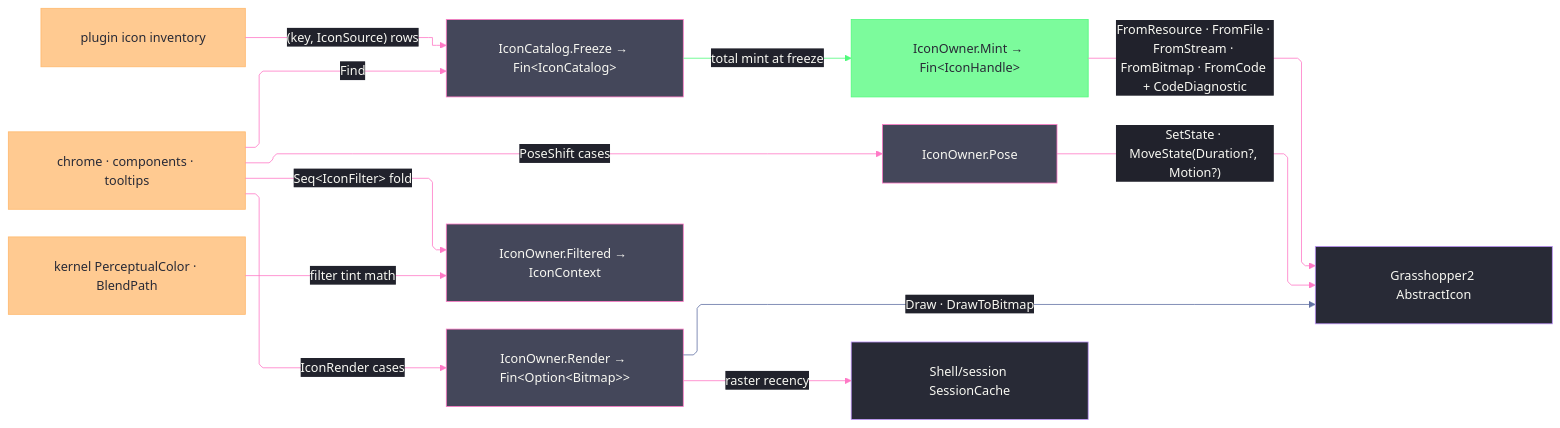
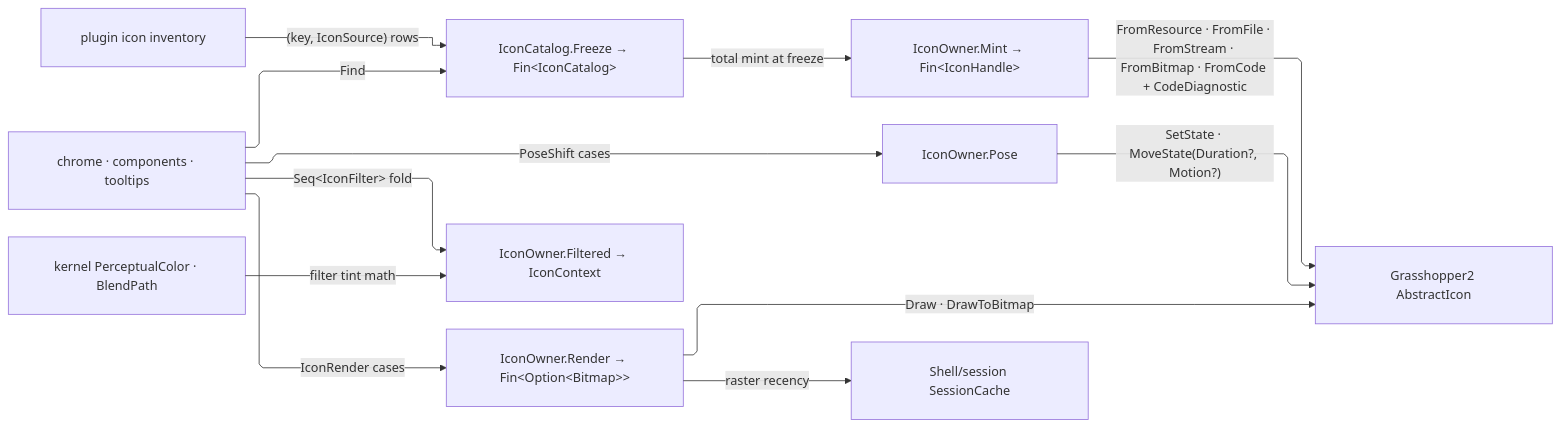
One commit to bsamiee/Rasm changed the diagram in libs/csharp/Rasm.Grasshopper/.planning/Shell/icons.md. Above: the diagram before and after it, drawn with Mermaid. The commit also changed 324 other files, not shown here.

````diff
--- a/libs/csharp/Rasm.Grasshopper/.planning/Shell/icons.md
+++ b/libs/csharp/Rasm.Grasshopper/.planning/Shell/icons.md
@@ -199,49 +199,23 @@
 ```mermaid
 ---
 config:
-  theme: base
-  look: classic
   layout: elk
   flowchart:
     curve: linear
     padding: 25
-  themeVariables:
-    darkMode: true
-    fontFamily: "SF Mono, Menlo, Cascadia Mono, Segoe UI Mono, Consolas, monospace"
-    useGradient: false
-    dropShadow: "none"
-    background: "#282A36"
-    primaryColor: "#44475A"
-    primaryTextColor: "#F8F8F2"
-    primaryBorderColor: "#BD93F9"
-    lineColor: "#FF79C6"
-    textColor: "#F8F8F2"
-    edgeLabelBackground: "#21222C"
-    labelBackgroundColor: "#21222C"
-  themeCSS: ".nodeLabel{font-size:13px;font-weight:500}.edgeLabel{font-size:12px;font-weight:500}.cluster-label .nodeLabel{font-size:13.5px;font-weight:700;letter-spacing:.08em}.edge-thickness-normal{stroke-width:2px}.edge-thickness-thick{stroke-width:3px}.edge-pattern-dashed,.edge-pattern-dotted{stroke-width:1.5px;stroke-dasharray:4 6}.node rect,.node circle,.node polygon,.node path,.node .outer-path{stroke-width:1.5px;filter:none!important}.cluster rect{stroke-width:1px!important;stroke-dasharray:5 4!important;filter:none!important}.marker path{transform:scale(.8);transform-origin:5px 5px}.marker circle{transform:scale(.48);transform-origin:5px 5px}.edgeLabel rect{transform-box:fill-box;transform-origin:center;transform:scale(1.1,1.2)}"
 ---
 flowchart LR
     accTitle: Admit, own, and render Grasshopper icons
     accDescr: Plugin icon rows freeze through one mint gate into a catalog; consumers resolve, pose, filter, and render admitted handles while raster products enter the session cache and perceptual colour policy feeds the filter rail.
     Plugin["plugin icon inventory"] -->|"(key, IconSource) rows"| Freeze["IconCatalog.Freeze → Fin&lt;IconCatalog&gt;"]
     Freeze -->|total mint at freeze| MintGate["IconOwner.Mint → Fin&lt;IconHandle&gt;"]
     MintGate -->|"FromResource · FromFile · FromStream · FromBitmap · FromCode + CodeDiagnostic"| Host["Grasshopper2 AbstractIcon"]
     Consumer["chrome · components · tooltips"] -->|Find| Freeze
     Consumer -->|PoseShift cases| PoseGate["IconOwner.Pose"]
     PoseGate -->|"SetState · MoveState(Duration?, Motion?)"| Host
     Consumer -->|"Seq&lt;IconFilter&gt; fold"| Filter["IconOwner.Filtered → IconContext"]
     Consumer -->|IconRender cases| RenderGate["IconOwner.Render → Fin&lt;Option&lt;Bitmap&gt;&gt;"]
     RenderGate -->|"Draw · DrawToBitmap"| Host
     RenderGate -->|raster recency| Cache["Shell/session SessionCache"]
     Kernel["kernel PerceptualColor · BlendPath"] -->|filter tint math| Filter
-    linkStyle 1 stroke:#50FA7B,color:#F8F8F2
-    linkStyle 8 stroke:#6272A4,color:#F8F8F2
-    classDef primary fill:#44475A,stroke:#FF79C6,color:#F8F8F2
-    classDef success fill:#50FA7BBF,stroke:#50FA7B,color:#282A36
-    classDef data fill:#FFB86CBF,stroke:#FFB86C,color:#282A36
-    classDef boundary fill:#282A36,stroke:#BD93F9,color:#F8F8F2
-    class Freeze,PoseGate,Filter,RenderGate primary
-    class MintGate success
-    class Plugin,Consumer,Kernel data
-    class Host,Cache boundary
 ```
````
